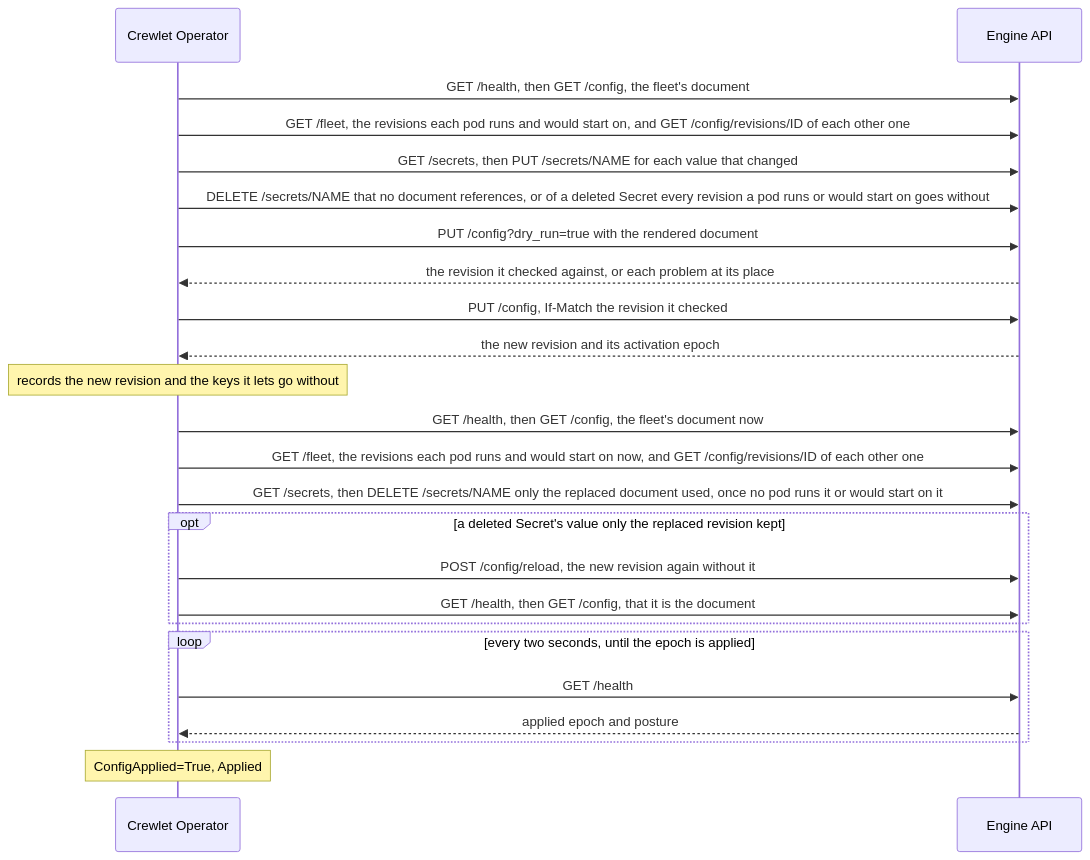
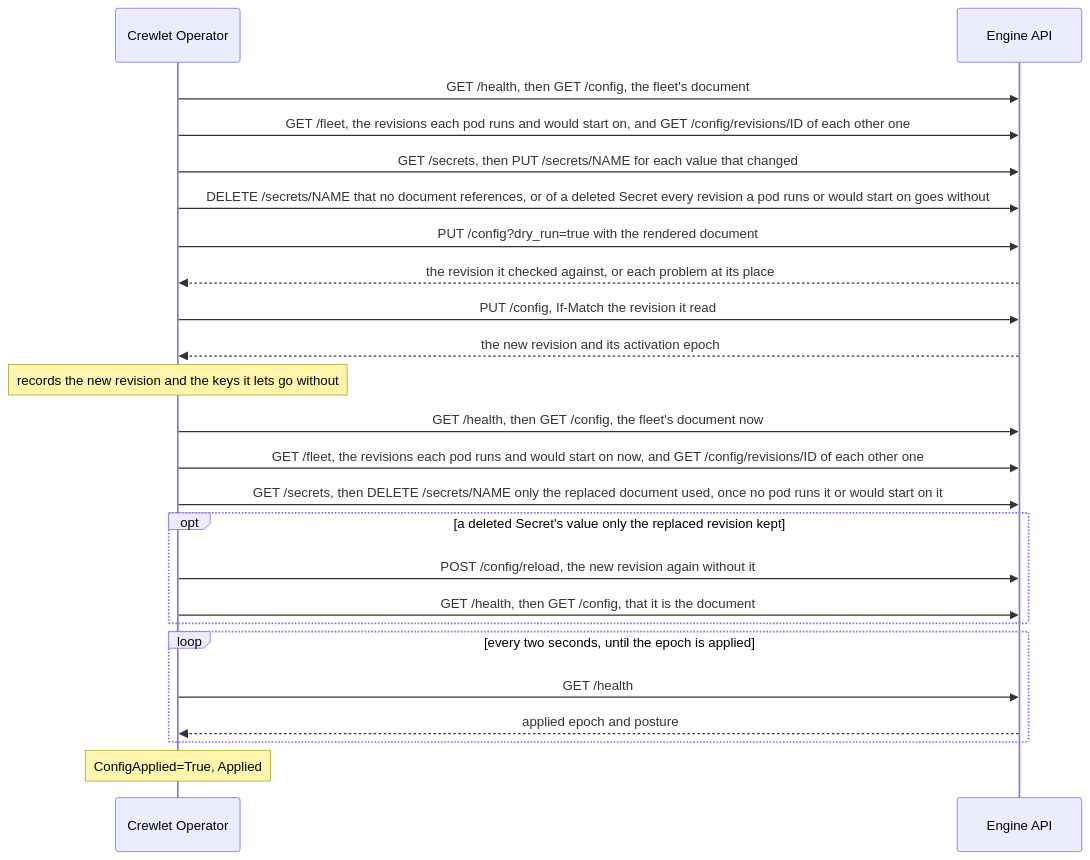
Before and after one commit to crewlet/crewlet-operator: the second of 2 diagrams in docs/concepts/applying.md, drawn with Mermaid. The commit also changed other lines of this file and 24 other files, not shown here.

````diff
--- a/docs/concepts/applying.md
+++ b/docs/concepts/applying.md
@@ -356,26 +375,26 @@
 ```mermaid
 sequenceDiagram
     participant O as Crewlet Operator
     participant E as Engine API
     O->>E: GET /health, then GET /config, the fleet's document
     O->>E: GET /fleet, the revisions each pod runs and would start on, and GET /config/revisions/ID of each other one
     O->>E: GET /secrets, then PUT /secrets/NAME for each value that changed
     O->>E: DELETE /secrets/NAME that no document references, or of a deleted Secret every revision a pod runs or would start on goes without
     O->>E: PUT /config?dry_run=true with the rendered document
     E-->>O: the revision it checked against, or each problem at its place
-    O->>E: PUT /config, If-Match the revision it checked
+    O->>E: PUT /config, If-Match the revision it read
     E-->>O: the new revision and its activation epoch
     Note over O: records the new revision and the keys it lets go without
     O->>E: GET /health, then GET /config, the fleet's document now
     O->>E: GET /fleet, the revisions each pod runs and would start on now, and GET /config/revisions/ID of each other one
     O->>E: GET /secrets, then DELETE /secrets/NAME only the replaced document used, once no pod runs it or would start on it
     opt a deleted Secret's value only the replaced revision kept
         O->>E: POST /config/reload, the new revision again without it
         O->>E: GET /health, then GET /config, that it is the document
     end
     loop every two seconds, until the epoch is applied
         O->>E: GET /health
         E-->>O: applied epoch and posture
     end
     Note over O: ConfigApplied=True, Applied
 ```
````
